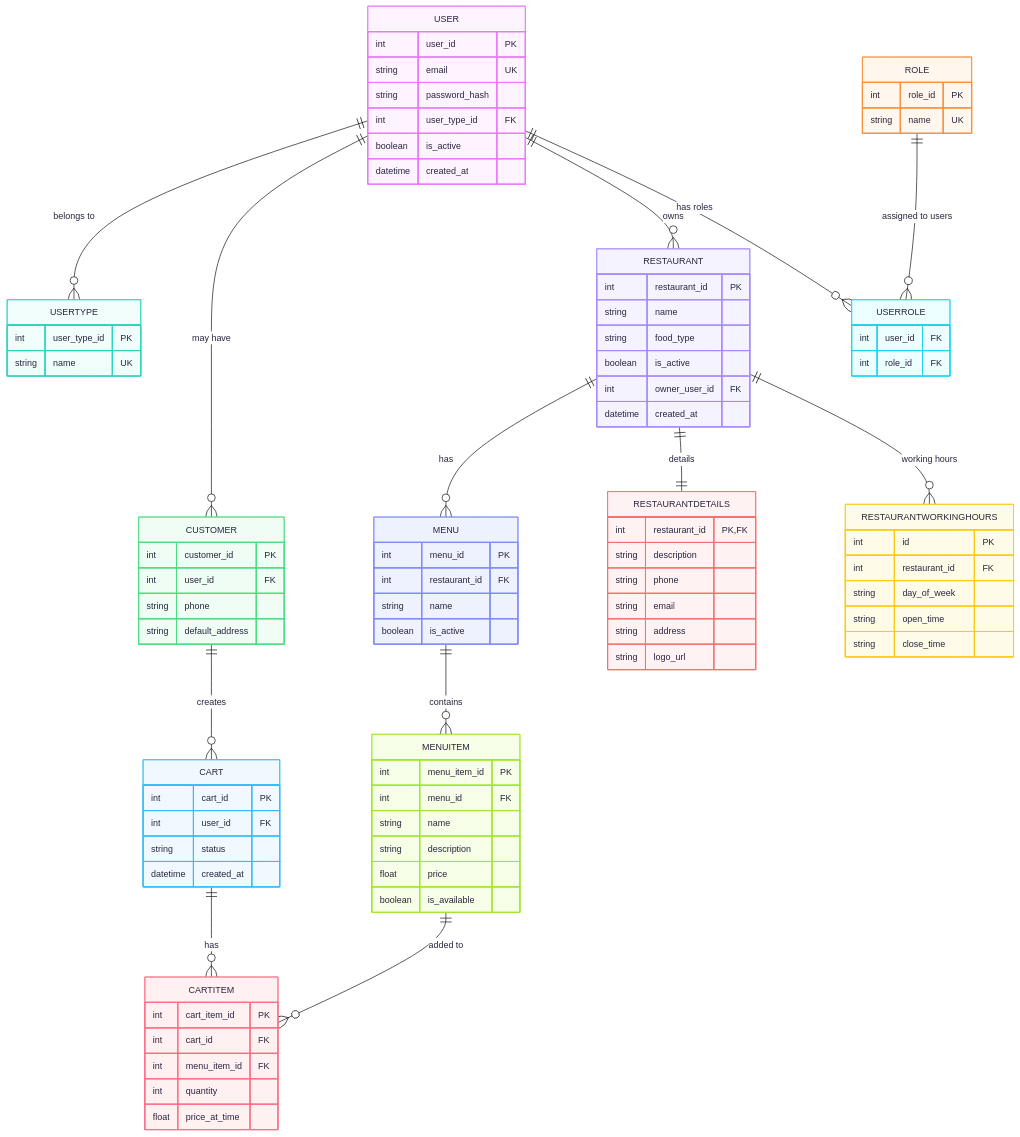
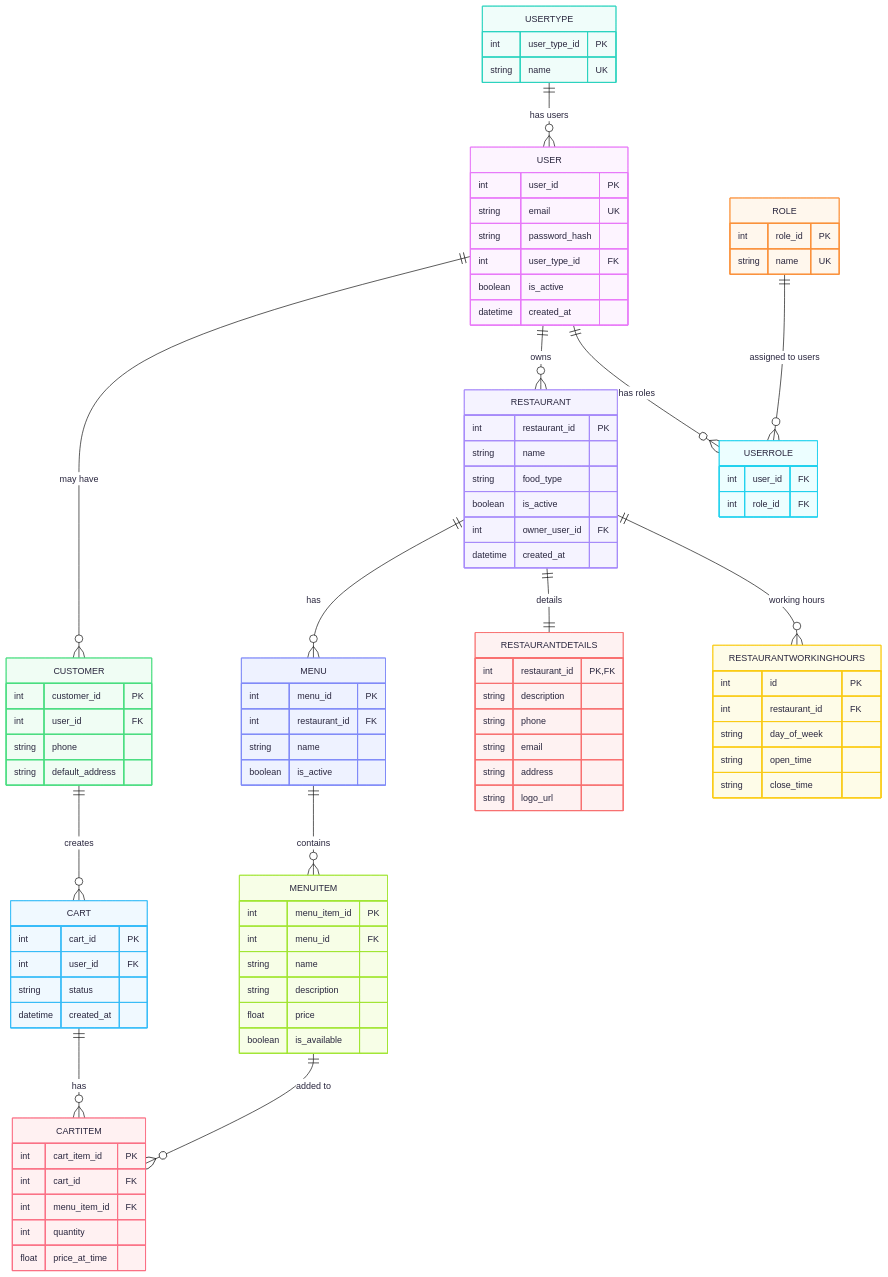
The third of 3 diagrams in README.md (Moaz-ashraf1/Food-Delivery-System), drawn with Mermaid before and after one commit. The commit also changed other lines of this file, not shown here.

Commit message:
Update ERD diagram in README.md
Fix formatting and update ERD diagram relationships.

```diff
--- a/README.md
+++ b/README.md
@@ -864,7 +863,7 @@
         int quantity
         float price_at_time
     }
-    USER ||--o{ USERTYPE : "belongs to"
+USERTYPE ||--o{ USER : "has users"
     USER ||--o{ CUSTOMER : "may have"
      USER ||--o{ RESTAURANT : "owns"
 CUSTOMER ||--o{ CART : "creates"
```
